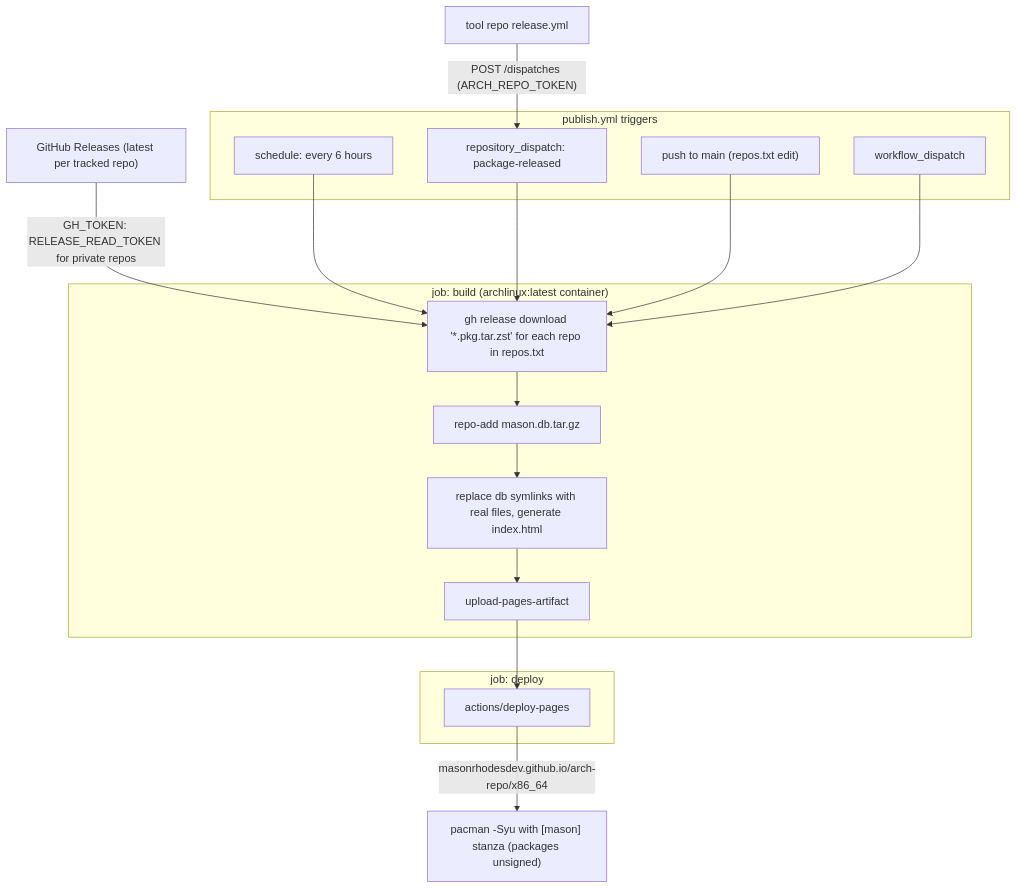
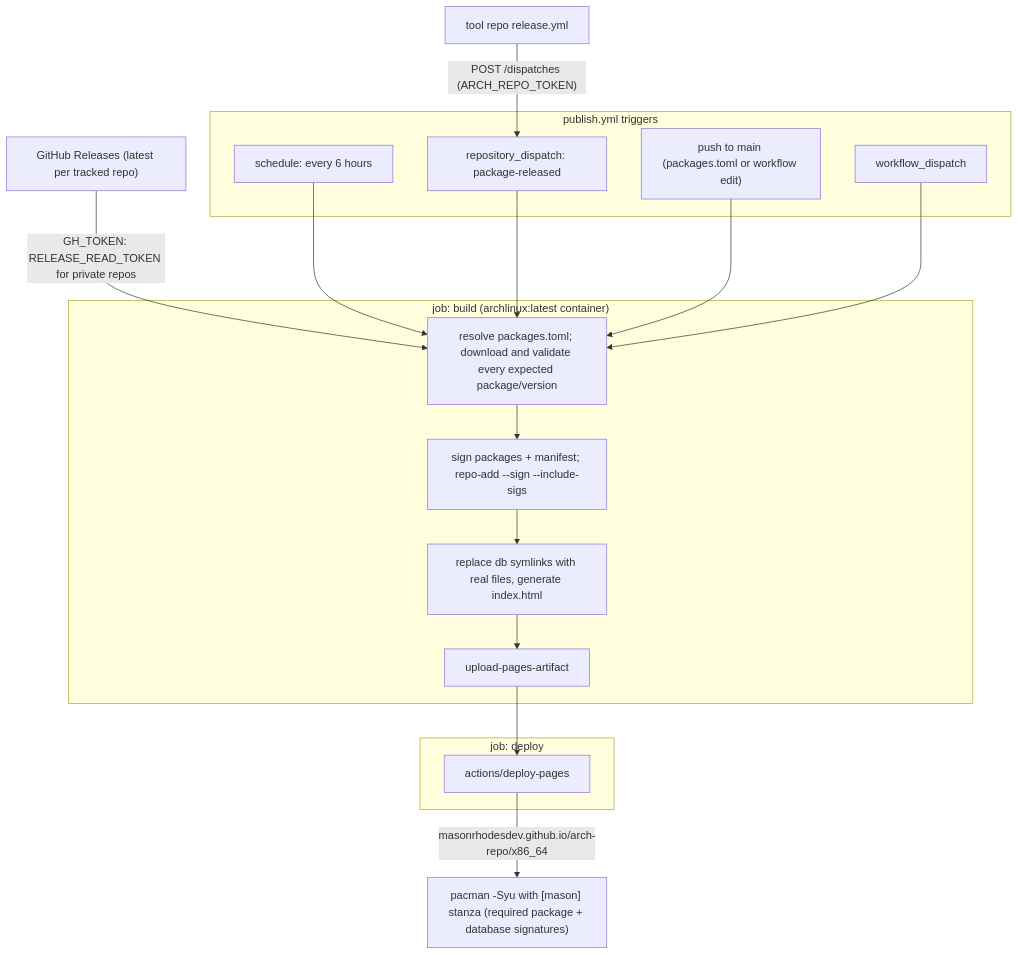
The diagram in README.md (MasonRhodesDev/arch-repo), drawn with Mermaid before and after one commit. The commit also changed other lines of this file and 7 other files, not shown here.

````diff
--- a/README.md
+++ b/README.md
@@ -36,30 +50,30 @@
 ```mermaid
 flowchart TD
     subgraph triggers ["publish.yml triggers"]
         cron["schedule: every 6 hours"]
         dispatch["repository_dispatch: package-released"]
-        push["push to main (repos.txt edit)"]
+        push["push to main (packages.toml or workflow edit)"]
         manual["workflow_dispatch"]
     end
 
     subgraph build ["job: build (archlinux:latest container)"]
-        download["gh release download '*.pkg.tar.zst' for each repo in repos.txt"]
-        repoadd["repo-add mason.db.tar.gz"]
+        download["resolve packages.toml; download and validate every expected package/version"]
+        sign["sign packages + manifest; repo-add --sign --include-sigs"]
         copy["replace db symlinks with real files, generate index.html"]
         artifact["upload-pages-artifact"]
     end
 
     subgraph deploy ["job: deploy"]
         deploypages["actions/deploy-pages"]
     end
 
     release["tool repo release.yml"] -->|"POST /dispatches (ARCH_REPO_TOKEN)"| dispatch
     releases["GitHub Releases (latest per tracked repo)"] -->|"GH_TOKEN: RELEASE_READ_TOKEN for private repos"| download
     cron --> download
     dispatch --> download
     push --> download
     manual --> download
-    download --> repoadd --> copy --> artifact
+    download --> sign --> copy --> artifact
     artifact --> deploypages
-    deploypages -->|"masonrhodesdev.github.io/arch-repo/x86_64"| client["pacman -Syu with [mason] stanza (packages unsigned)"]
+    deploypages -->|"masonrhodesdev.github.io/arch-repo/x86_64"| client["pacman -Syu with [mason] stanza (required package + database signatures)"]
 ```
````
